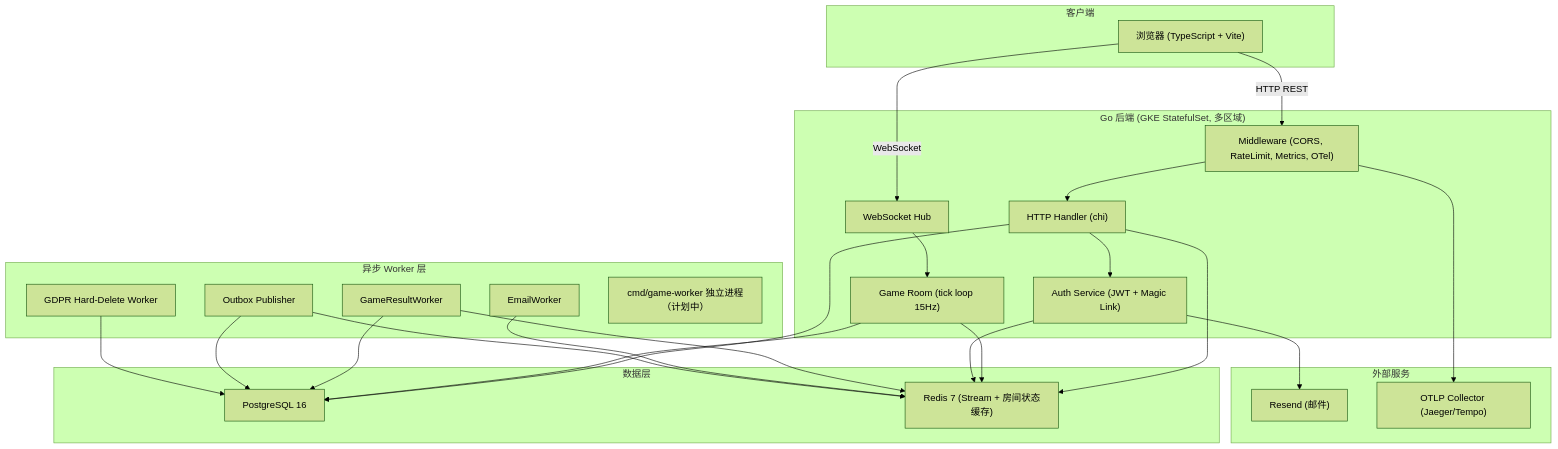
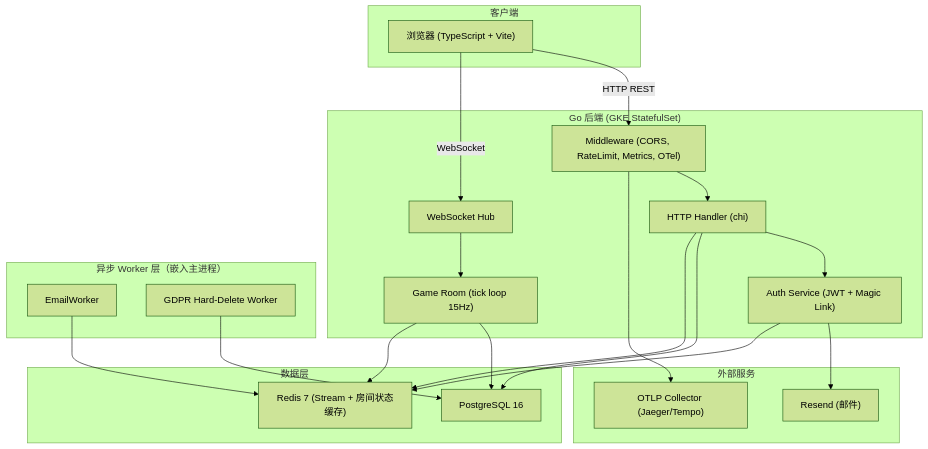
One commit to FCFColin/uppy-clone changed the first of 2 diagrams in docs/architecture/architecture.md. Above: the diagram before and after it, drawn with Mermaid (forest theme). The commit also changed other lines of this file and 10 other files, not shown here.

````diff
--- a/docs/architecture/architecture.md
+++ b/docs/architecture/architecture.md
@@ -52,51 +36,44 @@
 ```mermaid
 graph TB
     subgraph Client["客户端"]
         Browser["浏览器 (TypeScript + Vite)"]
     end
 
-    subgraph Server["Go 后端 (GKE StatefulSet, 多区域)"]
+    subgraph Server["Go 后端 (GKE StatefulSet)"]
         HTTP["HTTP Handler (chi)"]
         WS["WebSocket Hub"]
         Room["Game Room (tick loop 15Hz)"]
         Auth["Auth Service (JWT + Magic Link)"]
         MW["Middleware (CORS, RateLimit, Metrics, OTel)"]
     end
 
-    subgraph Workers["异步 Worker 层"]
-        GRW["GameResultWorker"]
+    subgraph Workers["异步 Worker 层（嵌入主进程）"]
         EW["EmailWorker"]
-        OB["Outbox Publisher"]
         GDPR["GDPR Hard-Delete Worker"]
-        GW["cmd/game-worker 独立进程（计划中）"]
     end
 
     subgraph Data["数据层"]
         PG["PostgreSQL 16"]
         Redis["Redis 7 (Stream + 房间状态缓存)"]
     end
 
     subgraph External["外部服务"]
         Resend["Resend (邮件)"]
         OTel["OTLP Collector (Jaeger/Tempo)"]
     end
 
     Browser -->|HTTP REST| MW
     MW --> HTTP
     Browser -->|WebSocket| WS
     WS --> Room
     HTTP --> Auth
     HTTP --> PG
     HTTP --> Redis
     Room --> PG
     Room --> Redis
     Auth --> Resend
     Auth --> Redis
-    GRW --> Redis
-    GRW --> PG
     EW --> Redis
-    OB --> PG
-    OB --> Redis
     GDPR --> PG
     MW --> OTel
 ```
````
